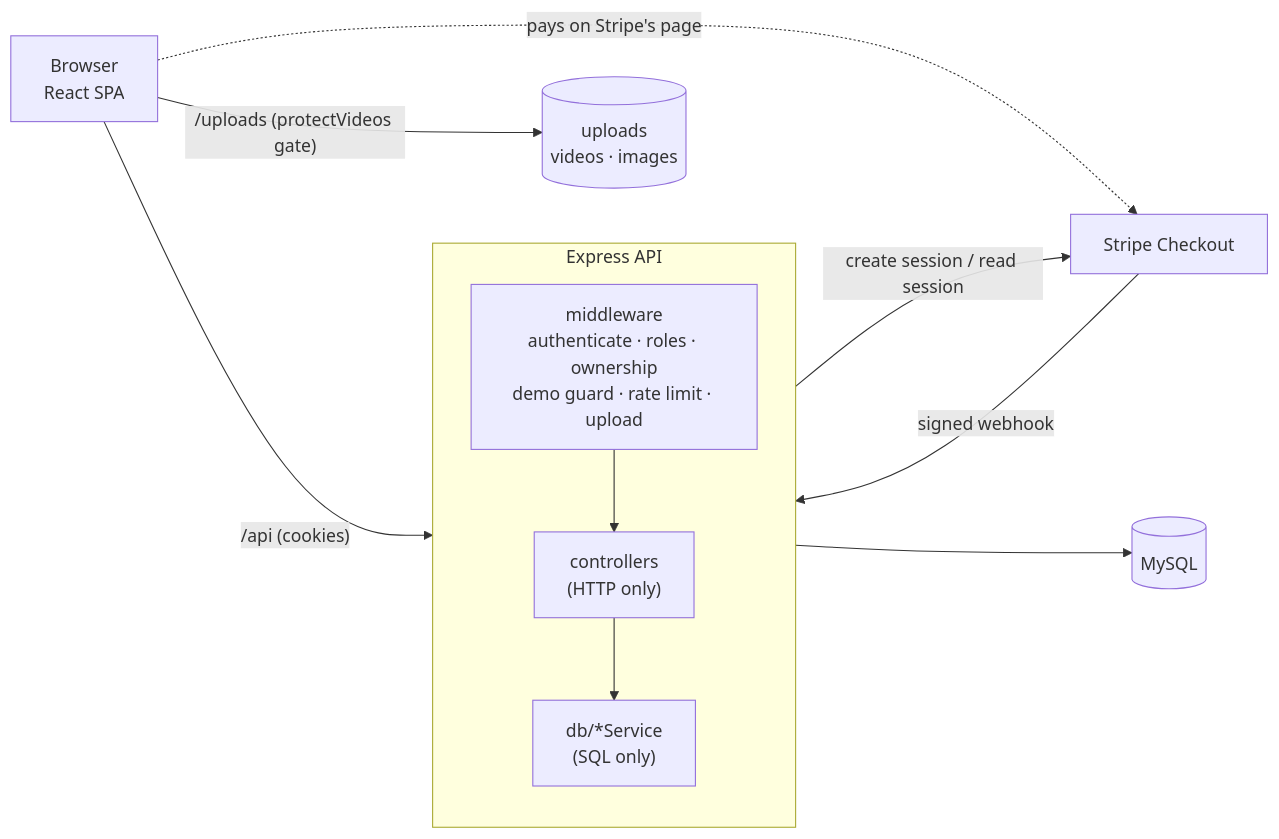
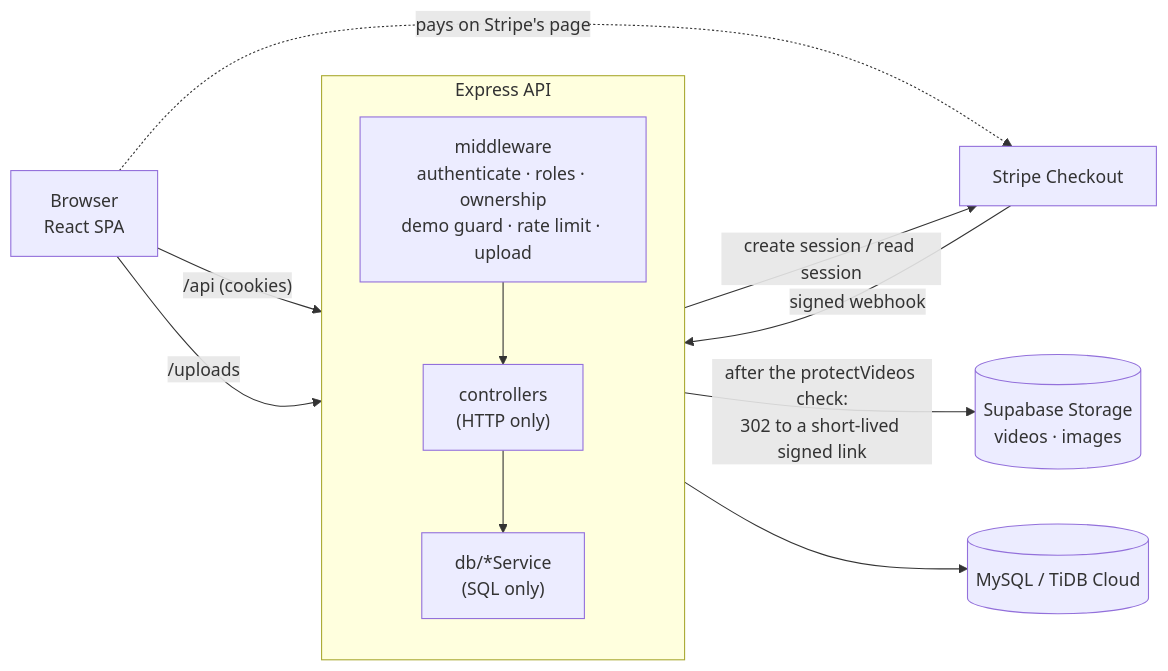
Before and after one commit to DidierDankan/course-platform: the diagram in README.md, drawn with Mermaid. The commit also changed other lines of this file and 1 other file, not shown here.

````diff
--- a/README.md
+++ b/README.md
@@ -29,21 +31,22 @@
 ```mermaid
 flowchart LR
   Browser["Browser<br/>React SPA"]
   subgraph API["Express API"]
     direction TB
     MW["middleware<br/>authenticate · roles · ownership<br/>demo guard · rate limit · upload"]
     C["controllers<br/>(HTTP only)"]
     S["db/*Service<br/>(SQL only)"]
     MW --> C --> S
   end
-  DB[("MySQL")]
-  Files[("uploads<br/>videos · images")]
+  DB[("MySQL / TiDB Cloud")]
+  Files[("Supabase Storage<br/>videos · images")]
   Stripe["Stripe Checkout"]
 
   Browser -- "/api (cookies)" --> MW
-  Browser -- "/uploads (protectVideos gate)" --> Files
+  Browser -- "/uploads" --> MW
+  MW -- "after the protectVideos check:<br/>302 to a short-lived signed link" --> Files
   S --> DB
   C -- "create session / read session" --> Stripe
   Stripe -- "signed webhook" --> MW
   Browser -. "pays on Stripe's page" .-> Stripe
 ```
````
